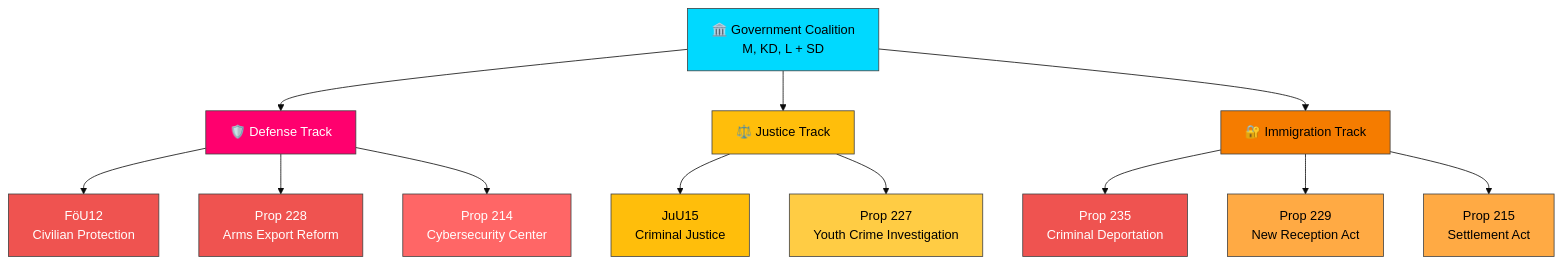
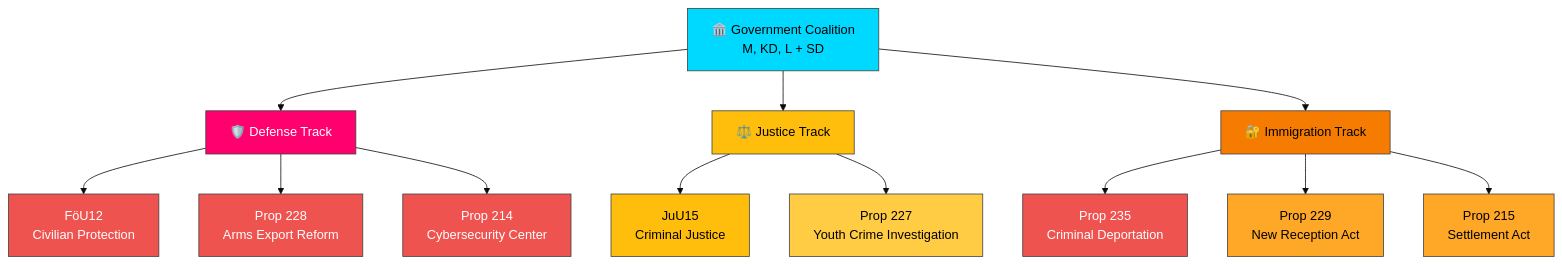
The diagram in analysis/daily/2026-04-02/realtime-1024/synthesis-summary.md (Hack23/riksdagsmonitor), drawn with Mermaid (base theme) before and after one commit. The commit also changed 121 other files, not shown here.

````diff
--- a/analysis/daily/2026-04-02/realtime-1024/synthesis-summary.md
+++ b/analysis/daily/2026-04-02/realtime-1024/synthesis-summary.md
@@ -9,30 +9,30 @@
 ```mermaid
 graph TD
     GOV["🏛️ Government Coalition<br/>M, KD, L + SD"] --> DEF["🛡️ Defense Track"]
     GOV --> JUST["⚖️ Justice Track"]
     GOV --> MIG["🔐 Immigration Track"]
     
     DEF --> FOU12["FöU12<br/>Civilian Protection"]
     DEF --> P228["Prop 228<br/>Arms Export Reform"]
     DEF --> P214["Prop 214<br/>Cybersecurity Center"]
     
     JUST --> JUU15["JuU15<br/>Criminal Justice"]
     JUST --> P227["Prop 227<br/>Youth Crime Investigation"]
     
     MIG --> P235["Prop 235<br/>Criminal Deportation"]
     MIG --> P229["Prop 229<br/>New Reception Act"]
     MIG --> P215["Prop 215<br/>Settlement Act"]
     
     style GOV fill:#00d9ff,stroke:#424242,color:#000000
     style DEF fill:#ff006e,stroke:#424242,color:#FFFFFF
     style JUST fill:#ffbe0b,stroke:#424242,color:#000000
     style MIG fill:#F57C00,stroke:#424242,color:#000000
     style FOU12 fill:#EF5350,stroke:#424242,color:#FFFFFF
     style P235 fill:#EF5350,stroke:#424242,color:#FFFFFF
     style P228 fill:#EF5350,stroke:#424242,color:#FFFFFF
     style JUU15 fill:#ffbe0b,stroke:#424242,color:#000000
-    style P214 fill:#ff6666,stroke:#424242,color:#FFFFFF
+    style P214 fill:#EF5350,stroke:#424242,color:#FFFFFF
     style P227 fill:#ffcc44,stroke:#424242,color:#000000
-    style P229 fill:#ffaa44,stroke:#424242,color:#000000
-    style P215 fill:#ffaa44,stroke:#424242,color:#000000
+    style P229 fill:#FFA726,stroke:#424242,color:#000000
+    style P215 fill:#FFA726,stroke:#424242,color:#000000
 ```
````
